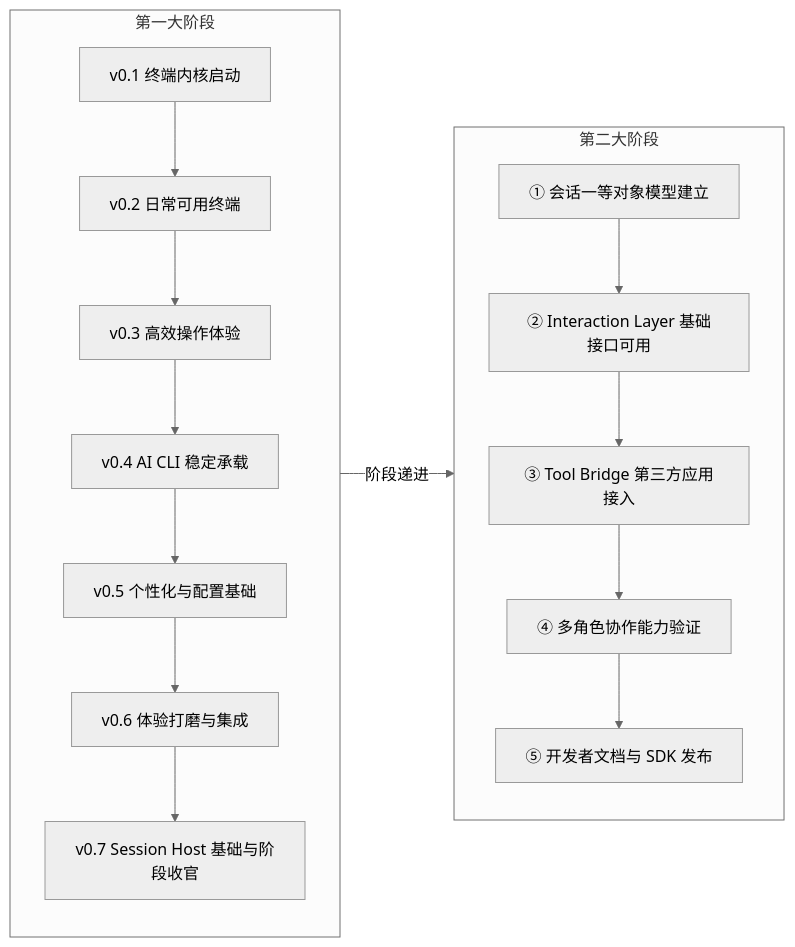
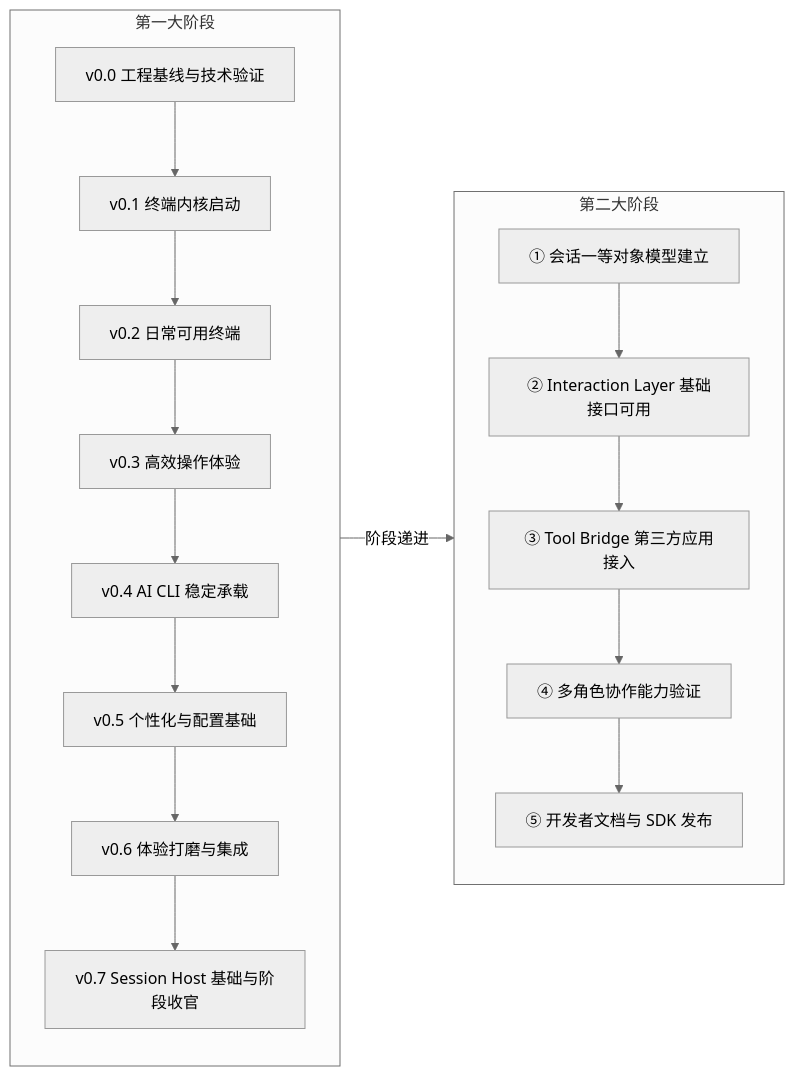
One commit to KyleYang2002/Hi-Terms changed the first of 3 diagrams in docs/reqs/hi-terms-roadmap.md. Above: the diagram before and after it, drawn with Mermaid (neutral theme). The commit also changed other lines of this file and 4 other files, not shown here.

````diff
--- a/docs/reqs/hi-terms-roadmap.md
+++ b/docs/reqs/hi-terms-roadmap.md
@@ -20,24 +21,25 @@
 ```mermaid
 graph LR
     subgraph 第一大阶段
         direction TB
+        V0["v0.0 工程基线与技术验证"]
         V1["v0.1 终端内核启动"]
         V2["v0.2 日常可用终端"]
         V3["v0.3 高效操作体验"]
         V4["v0.4 AI CLI 稳定承载"]
         V5["v0.5 个性化与配置基础"]
         V6["v0.6 体验打磨与集成"]
         V7["v0.7 Session Host 基础与阶段收官"]
-        V1 --> V2 --> V3 --> V4 --> V5 --> V6 --> V7
+        V0 --> V1 --> V2 --> V3 --> V4 --> V5 --> V6 --> V7
     end
     subgraph 第二大阶段
         direction TB
         M1["① 会话一等对象模型建立"]
         M2["② Interaction Layer 基础接口可用"]
         M3["③ Tool Bridge 第三方应用接入"]
         M4["④ 多角色协作能力验证"]
         M5["⑤ 开发者文档与 SDK 发布"]
         M1 --> M2 --> M3 --> M4 --> M5
     end
     V7 -->|阶段递进| M1
 ```
````
